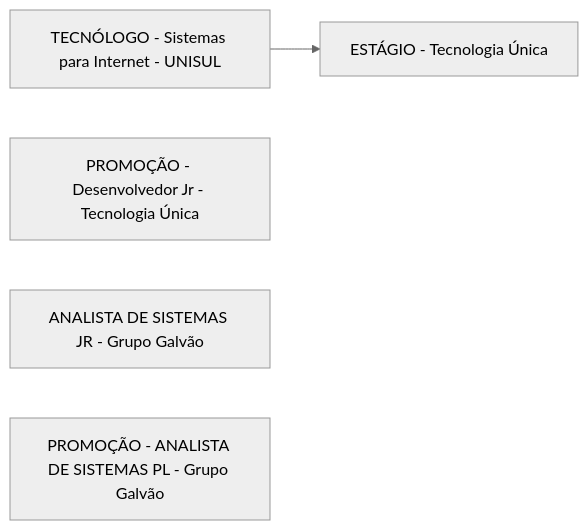
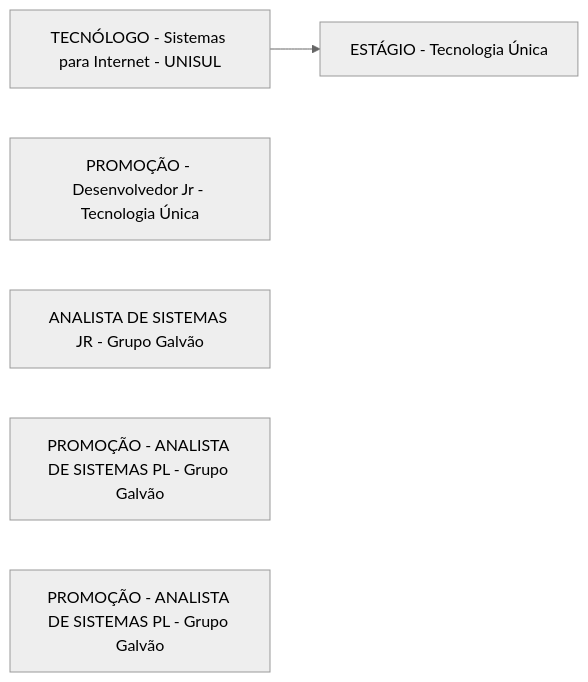
Before and after one commit to rafsp/Graduacao_FIAP: the diagram in Advanced-Business-Development-with-.NET/1º-Semestre/Aula-01-%2D-Introdução-e-Apresentação/Apresentação-do-Professor.md, drawn with Mermaid (neutral theme).

Commit message:
Updated Apresentação do Professor

```diff
--- a/Advanced-Business-Development-with-.NET/1º-Semestre/Aula-01-%2D-Introdução-e-Apresentação/Apresentação-do-Professor.md
+++ b/Advanced-Business-Development-with-.NET/1º-Semestre/Aula-01-%2D-Introdução-e-Apresentação/Apresentação-do-Professor.md
@@ -1,10 +1,10 @@
 ::: mermaid
 flowchart LR;
 a[TECNÓLOGO - Sistemas para Internet - UNISUL]
 b[ESTÁGIO - Tecnologia Única];
 c[PROMOÇÃO - Desenvolvedor Jr - Tecnologia Única];
 d[ANALISTA DE SISTEMAS JR - Grupo Galvão];
 e[PROMOÇÃO - ANALISTA DE SISTEMAS PL - Grupo Galvão];
-e[PROMOÇÃO - ANALISTA DE SISTEMAS PL - Grupo Galvão];
+f[PROMOÇÃO - ANALISTA DE SISTEMAS PL - Grupo Galvão];
 a-->b;
 :::
```
